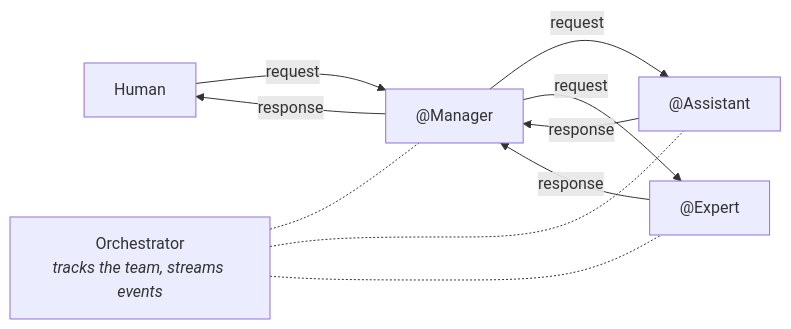
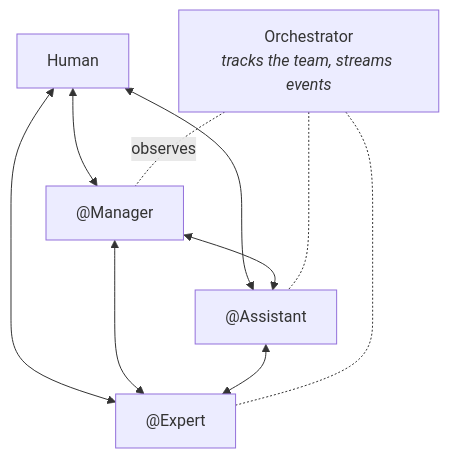
The diagram in README.md (b12consulting/akgentic), drawn with Mermaid before and after one commit. The commit also changed other lines of this file, not shown here.

````diff
--- a/README.md
+++ b/README.md
@@ -54,12 +55,13 @@
 ```mermaid
-flowchart LR
-    H["Human"] -->|request| M["@Manager"]
-    M -->|request| A["@Assistant"]
-    M -->|request| E["@Expert"]
-    A -->|response| M
-    E -->|response| M
-    M -->|response| H
-    O["Orchestrator<br/><i>tracks the team, streams events</i>"] -.- M
+flowchart TD
+    H["Human"] <--> M["@Manager"]
+    H <--> A["@Assistant"]
+    H <--> E["@Expert"]
+    M <--> A
+    M <--> E
+    A <--> E
+    O["Orchestrator<br/><i>tracks the team, streams events</i>"]
+    O -.observes.- M
     O -.- A
     O -.- E
 ```
````
